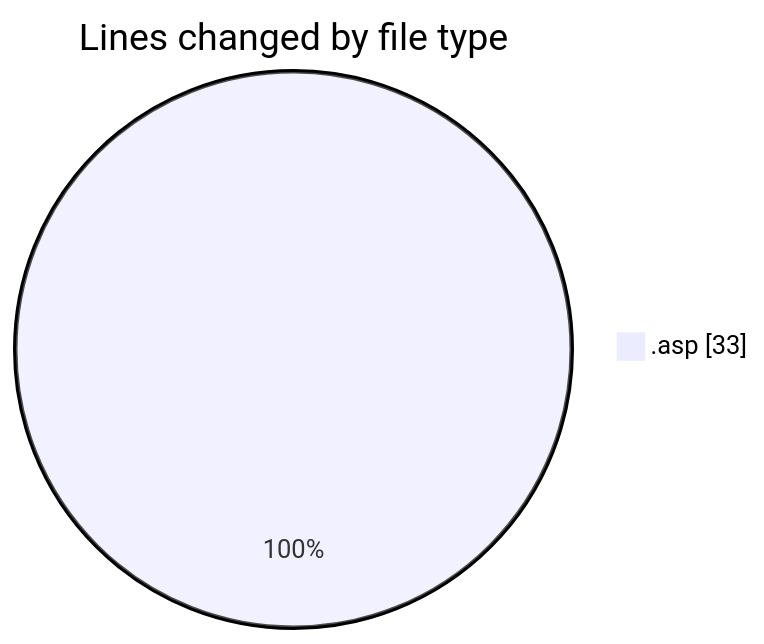
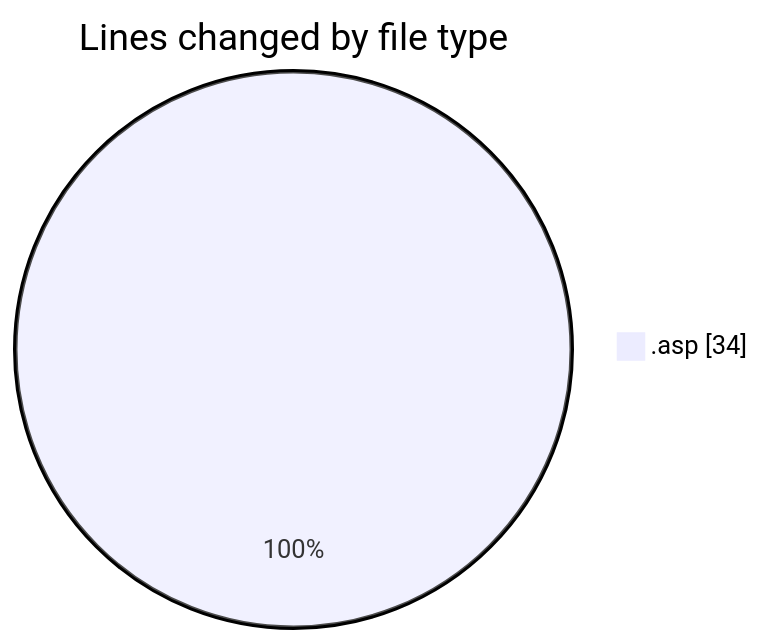
Before and after one commit to julien-gomy/code-tracking: the first of 2 diagrams in 2025-11-02/cdp_aleoudev_fr__workspace_/README.md, drawn with Mermaid. The commit also changed other lines of this file and 1 other file, not shown here.

````diff
--- a/2025-11-02/cdp_aleoudev_fr__workspace_/README.md
+++ b/2025-11-02/cdp_aleoudev_fr__workspace_/README.md
@@ -22,5 +22,5 @@
 ```mermaid
 pie showData
 title Lines changed by file type
-".asp" : 33
+".asp" : 34
 ```
````
